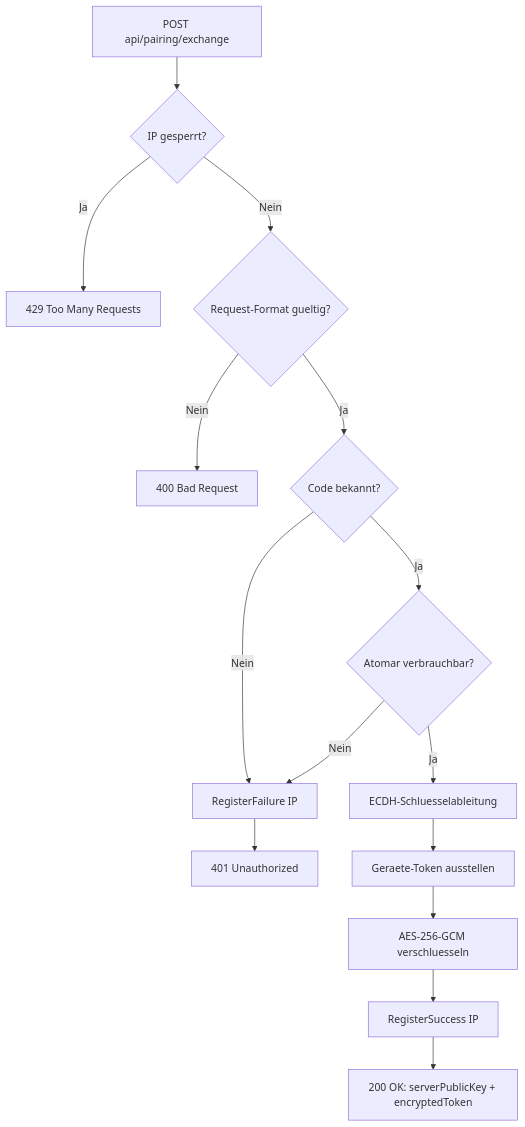
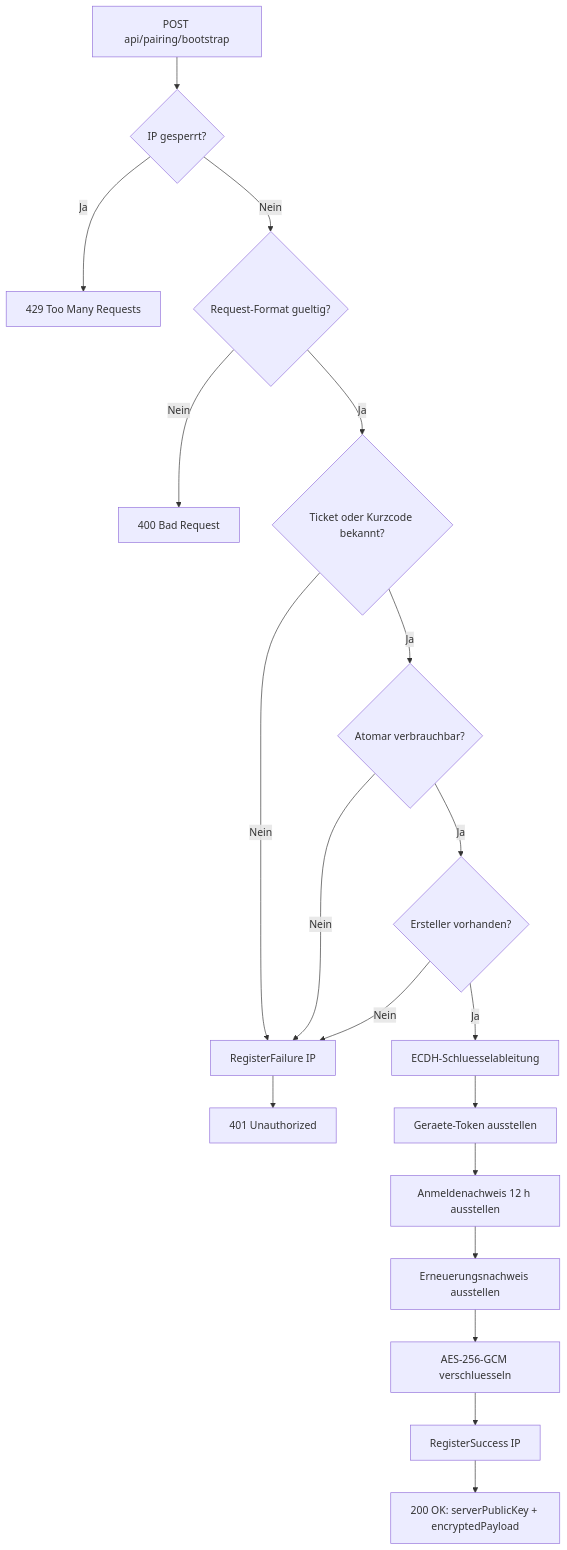
The diagram in docs/help/geraete/ablauf-technisch.md (martin-stromberg/VideoPlayer), drawn with Mermaid before and after one commit. The commit also changed other lines of this file and 8 other files, not shown here.

````diff
--- a/docs/help/geraete/ablauf-technisch.md
+++ b/docs/help/geraete/ablauf-technisch.md
@@ -61,17 +137,21 @@
 ```mermaid
 flowchart TD
-    A[POST api/pairing/exchange] --> B{IP gesperrt?}
+    A[POST api/pairing/bootstrap] --> B{IP gesperrt?}
     B -- Ja --> R429[429 Too Many Requests]
     B -- Nein --> C{Request-Format gueltig?}
     C -- Nein --> R400[400 Bad Request]
-    C -- Ja --> D{Code bekannt?}
+    C -- Ja --> D{Ticket oder Kurzcode bekannt?}
     D -- Nein --> F[RegisterFailure IP]
     D -- Ja --> E{Atomar verbrauchbar?}
     E -- Nein --> F
+    E -- Ja --> U{Ersteller vorhanden?}
+    U -- Nein --> F
     F --> R401[401 Unauthorized]
-    E -- Ja --> G[ECDH-Schluesselableitung]
+    U -- Ja --> G[ECDH-Schluesselableitung]
     G --> G1[Geraete-Token ausstellen]
-    G1 --> H[AES-256-GCM verschluesseln]
+    G1 --> G2[Anmeldenachweis 12 h ausstellen]
+    G2 --> G3[Erneuerungsnachweis ausstellen]
+    G3 --> H[AES-256-GCM verschluesseln]
     H --> I[RegisterSuccess IP]
-    I --> R200[200 OK: serverPublicKey + encryptedToken]
+    I --> R200[200 OK: serverPublicKey + encryptedPayload]
 ```
````
